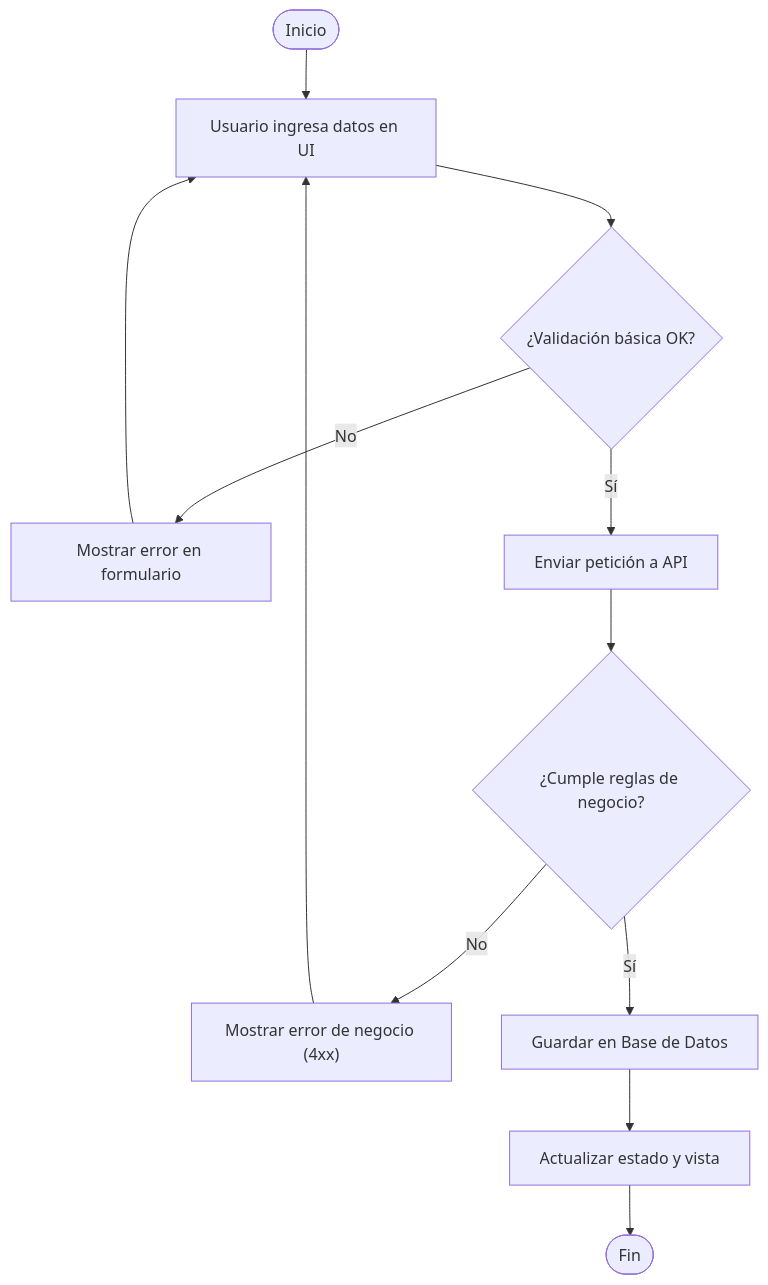
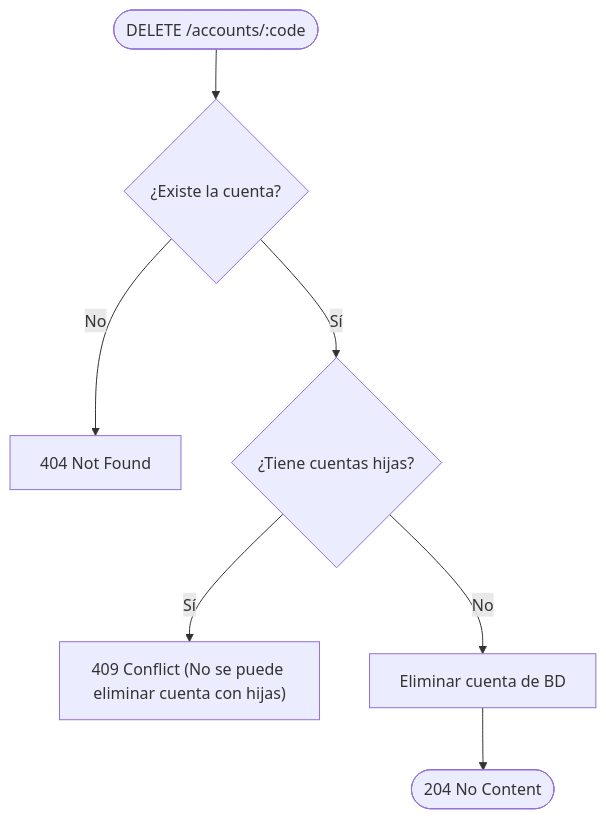
Before and after one commit to Lokcis/tech-assessment-starter-fullstack: the fifth of 5 diagrams in docs/arquitectura.md, drawn with Mermaid. The commit also changed other lines of this file and 3 other files, not shown here.

Commit message:
docs: definir requerimientos, modelo de datos y arquitectura del catálogo de cuentas

````diff
--- a/docs/arquitectura.md
+++ b/docs/arquitectura.md
@@ -165,12 +209,9 @@
 ```mermaid
 flowchart TD
-    Start(["Inicio"]) --> Input["Usuario ingresa datos en UI"]
-    Input --> ClientCheck{"¿Validación básica OK?"}
-    ClientCheck -- No --> ShowClientErr["Mostrar error en formulario"] --> Input
-    ClientCheck -- Sí --> ApiCall["Enviar petición a API"]
-    ApiCall --> BizCheck{"¿Cumple reglas de negocio?"}
-    BizCheck -- No --> ShowApiErr["Mostrar error de negocio (4xx)"] --> Input
-    BizCheck -- Sí --> Persist["Guardar en Base de Datos"]
-    Persist --> Refresh["Actualizar estado y vista"]
-    Refresh --> End(["Fin"])
+    Start(["DELETE /accounts/:code"]) --> Exists{"¿Existe la cuenta?"}
+    Exists -- No --> Err404["404 Not Found"]
+    Exists -- Sí --> HasKids{"¿Tiene cuentas hijas?"}
+    HasKids -- Sí --> Err409["409 Conflict (No se puede eliminar cuenta con hijas)"]
+    HasKids -- No --> Del["Eliminar cuenta de BD"]
+    Del --> Ok204(["204 No Content"])
 ```
````
